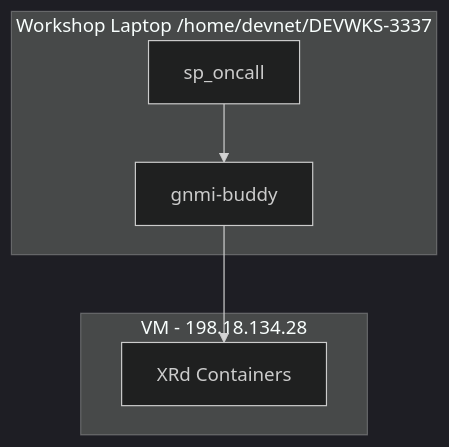
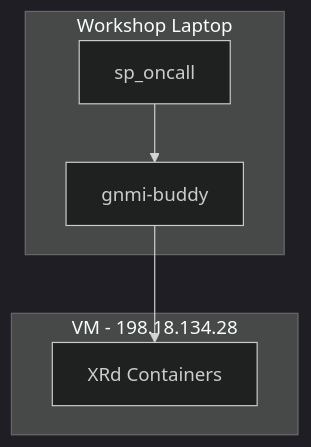
The third of 3 diagrams in README.md (jillesca/DEVWKS-3337), drawn with Mermaid (dark theme) before and after one commit. The commit also changed other lines of this file, not shown here.

````diff
--- a/README.md
+++ b/README.md
@@ -54,13 +54,13 @@
 ```mermaid
 flowchart TD
     subgraph VM - 198.18.134.28
         A[XRd Containers]
     end
 
-    subgraph Workshop Laptop /home/devnet/DEVWKS-3337
+    subgraph Workshop Laptop
         D[sp_oncall]
         E[gnmi-buddy]
         D --> E
         E --> A
     end
 ```
````
